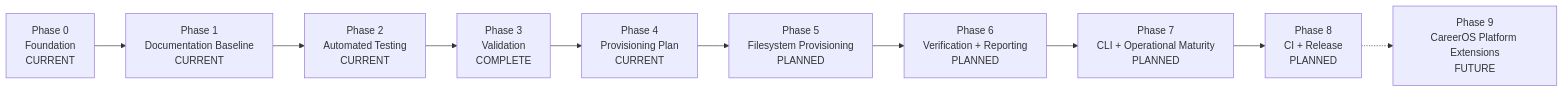
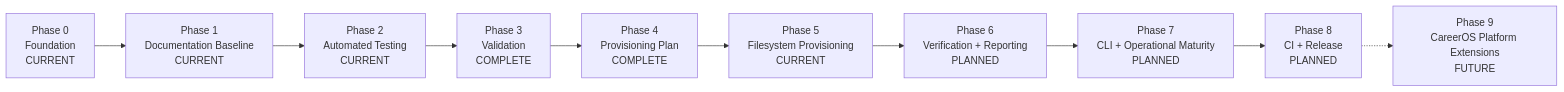
The first of 3 diagrams in Documentation/Roadmap/ROADMAP.md (ChrisLThompson/CareerOS.Bootstrap), drawn with Mermaid before and after one commit. The commit also changed other lines of this file and 1 other file, not shown here.

Commit message:
docs: close m4 and advance roadmap to m5

````diff
--- a/Documentation/Roadmap/ROADMAP.md
+++ b/Documentation/Roadmap/ROADMAP.md
@@ -46,23 +46,23 @@
 ```mermaid
 flowchart LR
     P0["Phase 0<br/>Foundation<br/>CURRENT"]
     P1["Phase 1<br/>Documentation Baseline<br/>CURRENT"]
     P2["Phase 2<br/>Automated Testing<br/>CURRENT"]
     P3["Phase 3<br/>Validation<br/>COMPLETE"]
-    P4["Phase 4<br/>Provisioning Plan<br/>CURRENT"]
-    P5["Phase 5<br/>Filesystem Provisioning<br/>PLANNED"]
+    P4["Phase 4<br/>Provisioning Plan<br/>COMPLETE"]
+    P5["Phase 5<br/>Filesystem Provisioning<br/>CURRENT"]
     P6["Phase 6<br/>Verification + Reporting<br/>PLANNED"]
     P7["Phase 7<br/>CLI + Operational Maturity<br/>PLANNED"]
     P8["Phase 8<br/>CI + Release<br/>PLANNED"]
     P9["Phase 9<br/>CareerOS Platform Extensions<br/>FUTURE"]
 
     P0 --> P1
     P1 --> P2
     P2 --> P3
     P3 --> P4
     P4 --> P5
     P5 --> P6
     P6 --> P7
     P7 --> P8
     P8 -.-> P9
 ```
````
